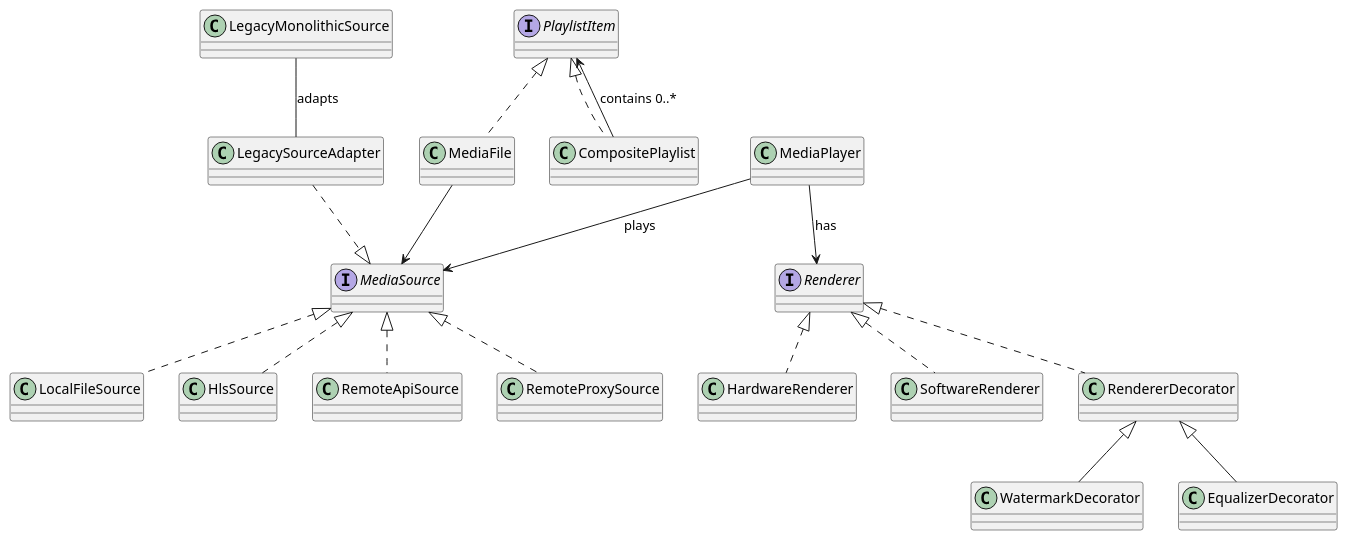
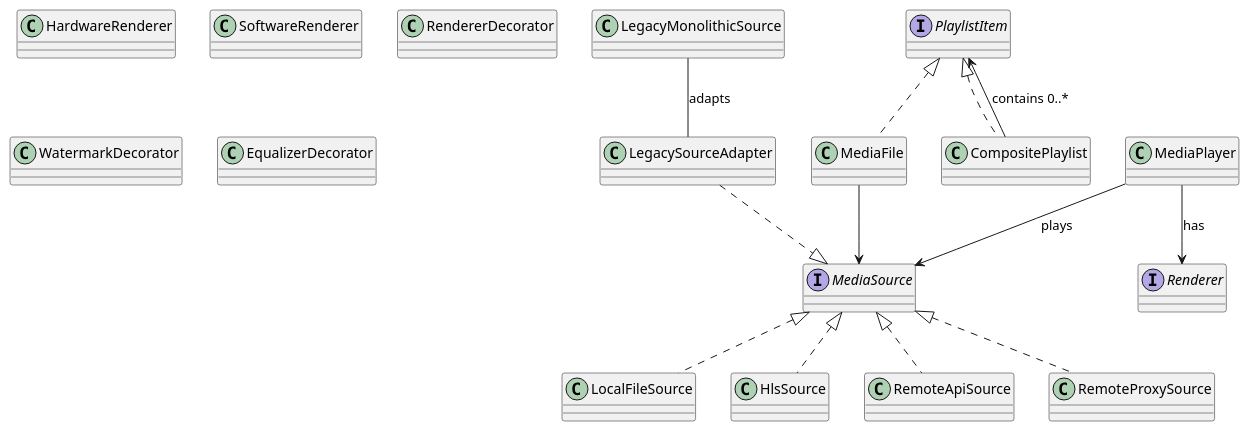
Before and after one commit to battoujairel-pixel/Modular-Media-Streaming-Suit: the diagram in docs/plantuml/class_diagram.puml, drawn with PlantUML. The commit also changed 1 other file, not shown here.

```diff
--- a/docs/plantuml/class_diagram.puml
+++ b/docs/plantuml/class_diagram.puml
@@ -1,42 +1,35 @@
 @startuml
 interface MediaSource
 class LocalFileSource
 class HlsSource
 class RemoteApiSource
 class LegacyMonolithicSource
 class LegacySourceAdapter
 class RemoteProxySource
 
 MediaSource <|.. LocalFileSource
 MediaSource <|.. HlsSource
 MediaSource <|.. RemoteApiSource
 LegacyMonolithicSource -- LegacySourceAdapter : adapts
 LegacySourceAdapter ..|> MediaSource
 MediaSource <|.. RemoteProxySource
 
 interface Renderer
 class HardwareRenderer
 class SoftwareRenderer
 class RendererDecorator
 class WatermarkDecorator
 class EqualizerDecorator
-
-Renderer <|.. HardwareRenderer
-Renderer <|.. SoftwareRenderer
-Renderer <|.. RendererDecorator
-RendererDecorator <|-- WatermarkDecorator
-RendererDecorator <|-- EqualizerDecorator
-
 interface PlaylistItem
 class MediaFile
 class CompositePlaylist
 
 PlaylistItem <|.. MediaFile
 PlaylistItem <|.. CompositePlaylist
 MediaFile --> MediaSource
 CompositePlaylist --> PlaylistItem : contains 0..*
 
 class MediaPlayer
 MediaPlayer --> Renderer : has
 MediaPlayer --> MediaSource : plays
 @enduml
```
